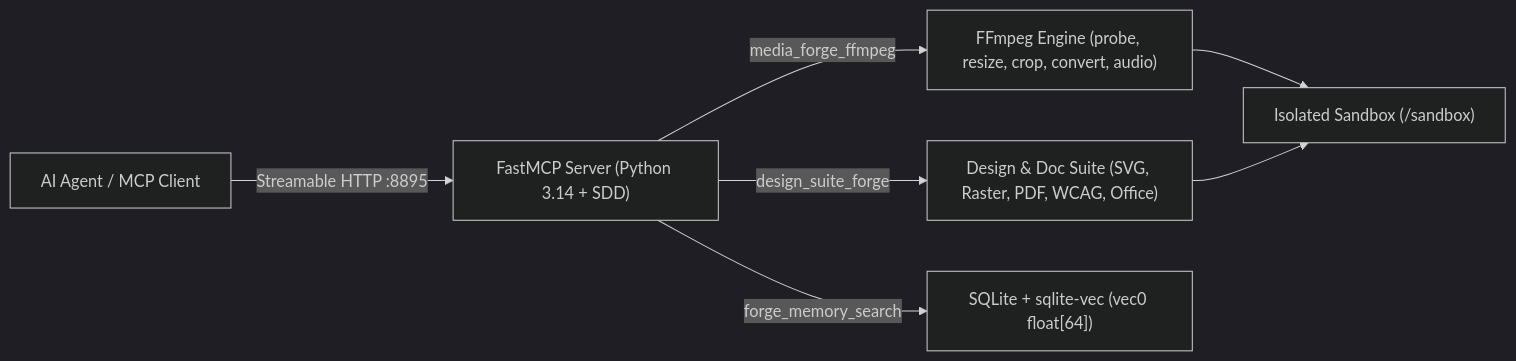
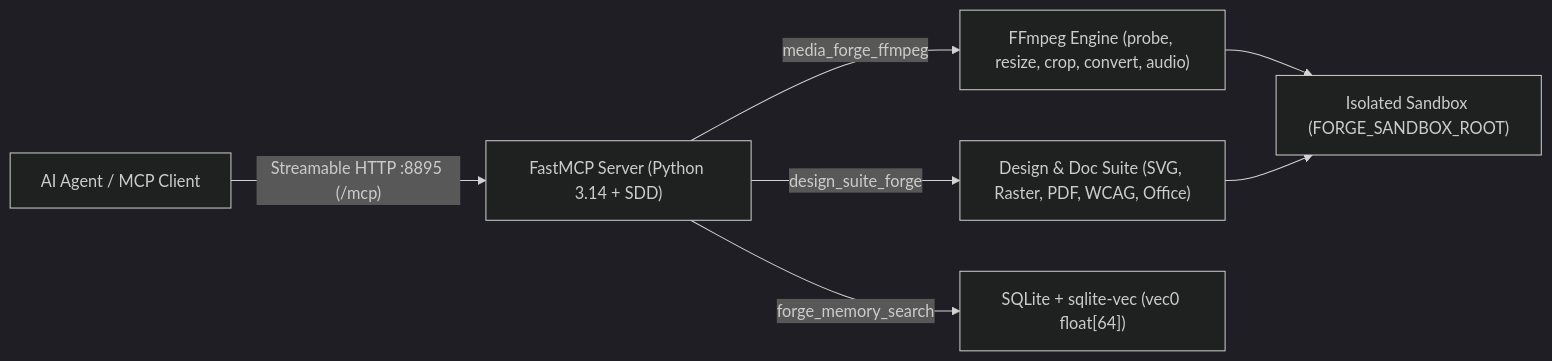
The first of 2 diagrams in README.md (ancrz/studio-forge-mcp), drawn with Mermaid (dark theme) before and after one commit. The commit also changed other lines of this file, not shown here.

Commit message:
docs: clarify Code Mode status, MCP ecosystem install, and dev workflow in README

````diff
--- a/README.md
+++ b/README.md
@@ -17,9 +19,9 @@
 ```mermaid
 flowchart LR
-    CLIENT["AI Agent / MCP Client"] -->|"Streamable HTTP :8895"| MCP["FastMCP Server (Python 3.14 + SDD)"]
+    CLIENT["AI Agent / MCP Client"] -->|"Streamable HTTP :8895 (/mcp)"| MCP["FastMCP Server (Python 3.14 + SDD)"]
     MCP -->|"media_forge_ffmpeg"| FFMPEG["FFmpeg Engine (probe, resize, crop, convert, audio)"]
     MCP -->|"design_suite_forge"| SUITE["Design & Doc Suite (SVG, Raster, PDF, WCAG, Office)"]
     MCP -->|"forge_memory_search"| VEC["SQLite + sqlite-vec (vec0 float[64])"]
-    FFMPEG --> SB["Isolated Sandbox (/sandbox)"]
+    FFMPEG --> SB["Isolated Sandbox (FORGE_SANDBOX_ROOT)"]
     SUITE --> SB
 ```
````
